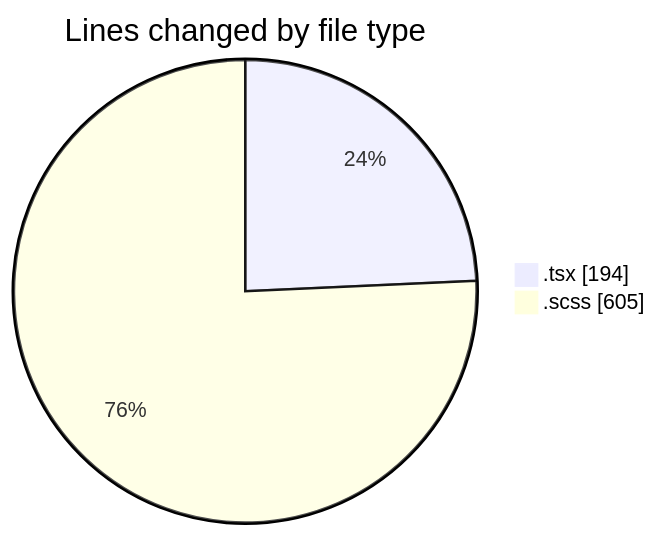
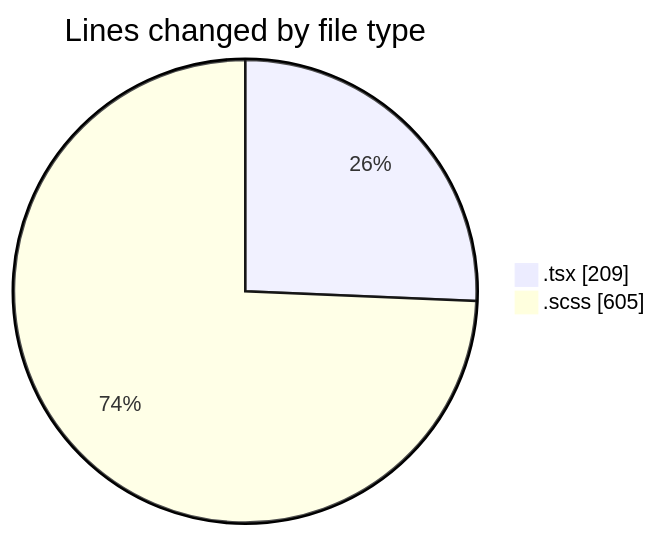
The first of 2 diagrams in 2025-03-27/cda/README.md (momahboobian/code-tracking), drawn with Mermaid before and after one commit. The commit also changed other lines of this file and 1 other file, not shown here.

````diff
--- a/2025-03-27/cda/README.md
+++ b/2025-03-27/cda/README.md
@@ -21,6 +21,6 @@
 ```mermaid
 pie showData
 title Lines changed by file type
-".tsx" : 194
+".tsx" : 209
 ".scss" : 605
 ```
````
